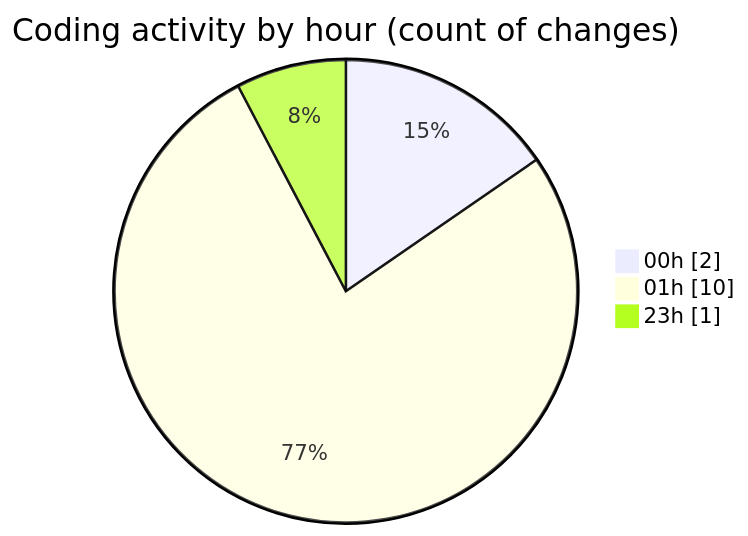
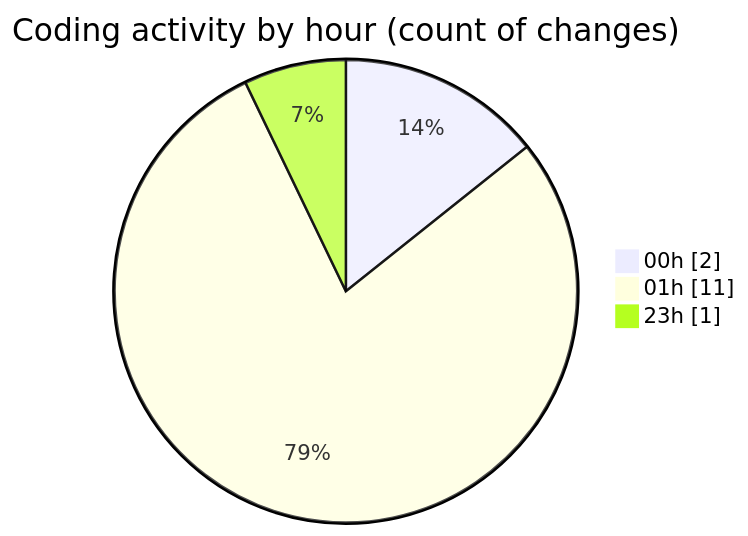
One commit to lephambinh05/code-tracking changed the second of 2 diagrams in 2025-07-19/nhahang/README.md. Above: the diagram before and after it, drawn with Mermaid. The commit also changed other lines of this file and 1 other file, not shown here.

````diff
--- a/2025-07-19/nhahang/README.md
+++ b/2025-07-19/nhahang/README.md
@@ -37,7 +37,7 @@
 ```mermaid
 pie showData
 title Coding activity by hour (count of changes)
 "00h" : 2
-"01h" : 10
+"01h" : 11
 "23h" : 1
 ```
````
